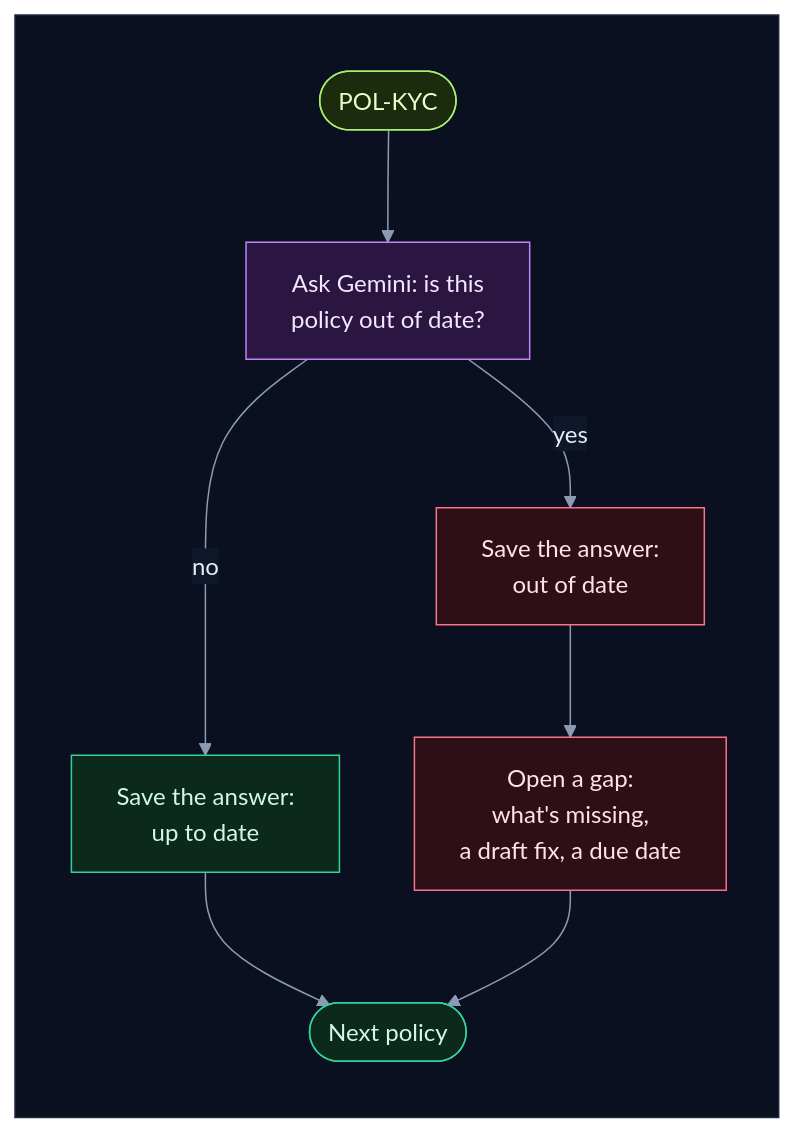
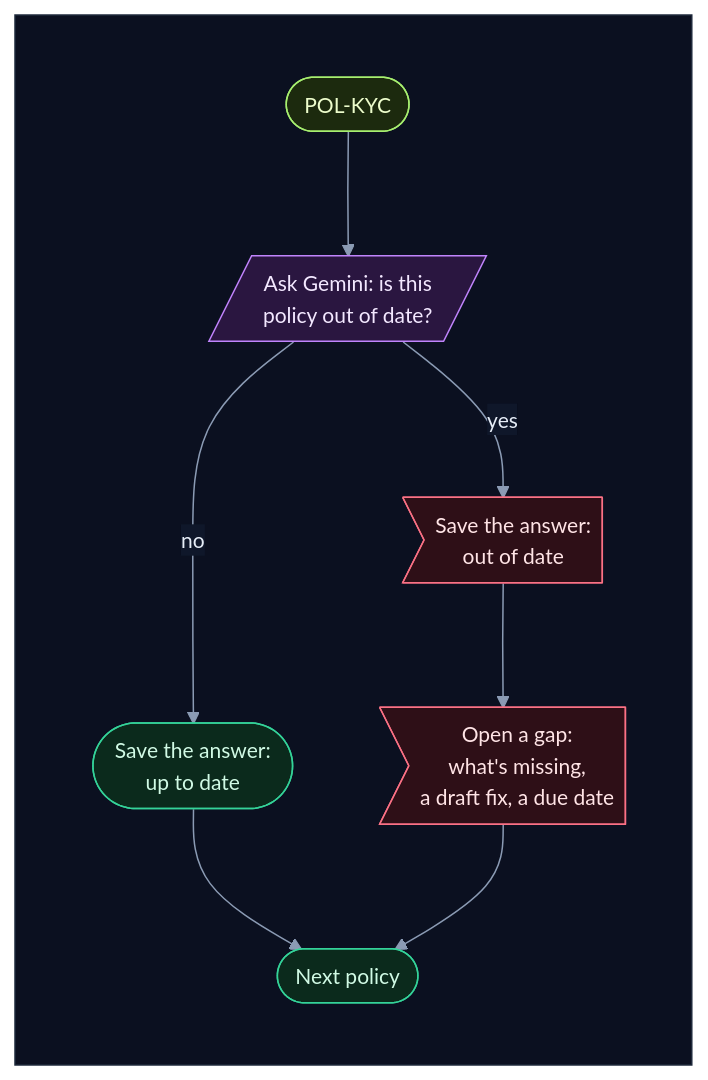
Diagram 18 of 45 in backend/worker/INTERNALS.md (selvakumarperumal/Regulatory_Circular_Impact_Agent), drawn with Mermaid before and after one commit. The commit also changed other lines of this file and 5 other files, not shown here.

Commit message:
Give the docs' flowcharts a shape per kind of part, more room and slightly smaller text

````diff
--- a/backend/worker/INTERNALS.md
+++ b/backend/worker/INTERNALS.md
@@ -1043,28 +1043,28 @@
 ```mermaid
-%%{init: {"theme": "base", "flowchart": {"diagramPadding": 0}, "themeVariables": {"darkMode": true, "primaryColor": "#16213a", "primaryTextColor": "#e6edf7", "primaryBorderColor": "#475a7a", "lineColor": "#8b9bb4", "secondaryColor": "#1b2436", "tertiaryColor": "#101a2e", "edgeLabelBackground": "#0f172a", "textColor": "#e2e8f0", "clusterBkg": "#0f1728", "clusterBorder": "#2b3a55", "titleColor": "#c4b5fd", "nodeTextColor": "#e6edf7"}}}%%
+%%{init: {"theme": "base", "flowchart": {"diagramPadding": 0, "nodeSpacing": 58, "rankSpacing": 58, "curve": "basis"}, "themeVariables": {"fontSize": "14px", "darkMode": true, "primaryColor": "#16213a", "primaryTextColor": "#e6edf7", "primaryBorderColor": "#475a7a", "lineColor": "#8b9bb4", "secondaryColor": "#1b2436", "tertiaryColor": "#101a2e", "edgeLabelBackground": "#0f172a", "textColor": "#e2e8f0", "clusterBkg": "#0f1728", "clusterBorder": "#2b3a55", "titleColor": "#c4b5fd", "nodeTextColor": "#e6edf7"}}}%%
 flowchart TD
     subgraph canvas[" "]
         direction TB
-        p(["POL-KYC"]) --> g["Ask Gemini: is this<br/>policy out of date?"]
-        g -->|"no"| up["Save the answer:<br/>up to date"]
-        g -->|"yes"| od["Save the answer:<br/>out of date"]
-        od --> gap["Open a gap:<br/>what's missing,<br/>a draft fix, a due date"]
+        p(["POL-KYC"]) --> g[/"Ask Gemini: is this<br/>policy out of date?"/]
+        g -->|"no"| up(["Save the answer:<br/>up to date"])
+        g -->|"yes"| od>"Save the answer:<br/>out of date"]
+        od --> gap>"Open a gap:<br/>what's missing,<br/>a draft fix, a due date"]
         up --> nx(["Next policy"])
         gap --> nx
     end
     classDef svc fill:#0e2a2c,stroke:#2dd4bf,color:#ccfbf1
     classDef data fill:#1c1a47,stroke:#818cf8,color:#e0e7ff
     classDef ext fill:#2a1640,stroke:#c084fc,color:#f3e8ff
     classDef gpu fill:#2d1b0c,stroke:#fb923c,color:#ffedd5
     classDef ask fill:#2a2410,stroke:#fbbf24,color:#fef3c7
     classDef ok fill:#0b2a1c,stroke:#34d399,color:#d1fae5
     classDef bad fill:#2e0f17,stroke:#fb7185,color:#ffe4e6
     classDef start fill:#1c2a0e,stroke:#a7ef6f,color:#ecfccb
     classDef muted fill:#1a2130,stroke:#64748b,color:#cbd5e1
     classDef queue fill:#0c2231,stroke:#38bdf8,color:#e0f2fe
     class p start
     class g ext
     class up,nx ok
     class od,gap bad
     style canvas fill:#0b1020,stroke:#1e293b,color:#0b1020
 ```
````
